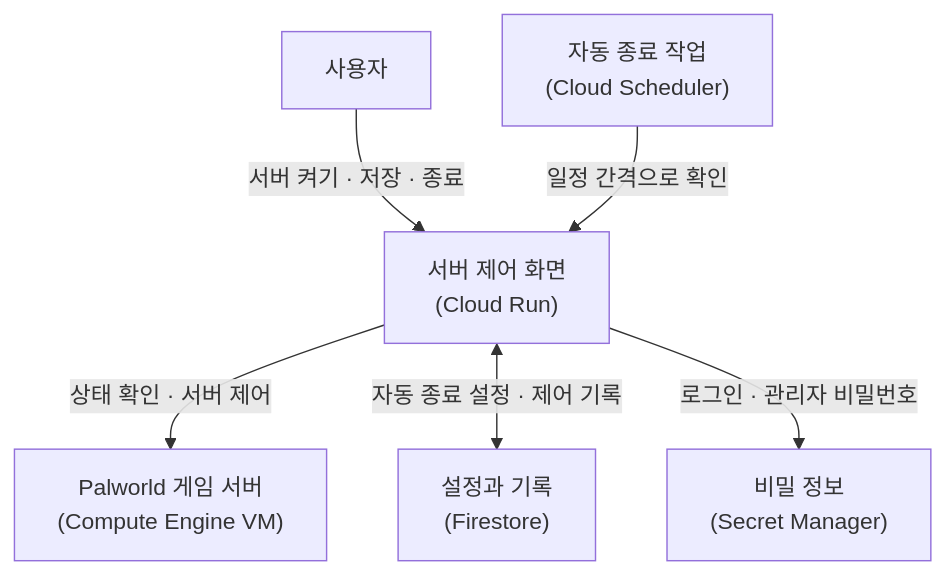
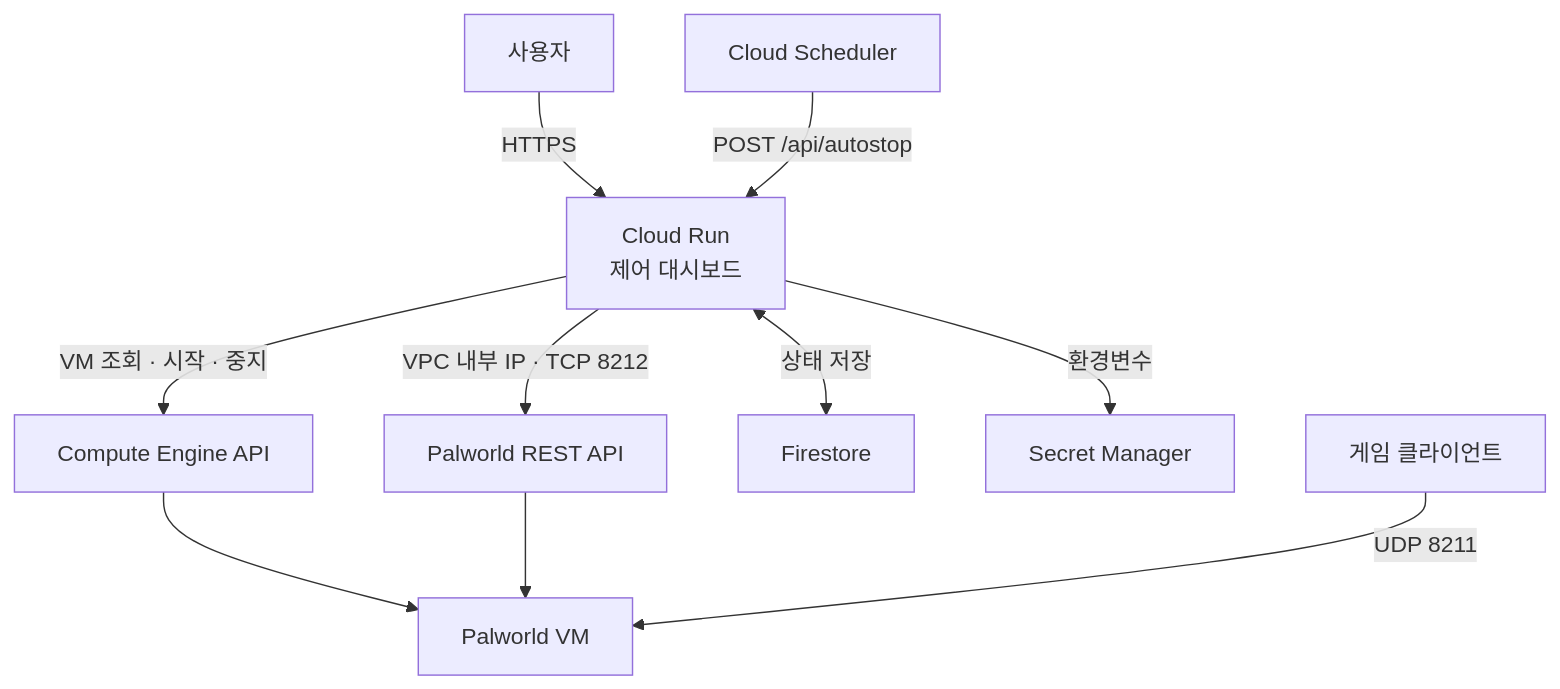
One commit to hyc7575/palworld-dashboard changed the diagram in README.md. Above: the diagram before and after it, drawn with Mermaid. The commit also changed other lines of this file and 1 other file, not shown here.

````diff
--- a/README.md
+++ b/README.md
@@ -18,9 +9,14 @@
 ```mermaid
 flowchart TB
-    User["사용자"] -->|"서버 켜기 · 저장 · 종료"| Dashboard["서버 제어 화면<br/>(Cloud Run)"]
-    Scheduler["자동 종료 작업<br/>(Cloud Scheduler)"] -->|"일정 간격으로 확인"| Dashboard
+    User["사용자"] -->|"HTTPS"| Dashboard["Cloud Run<br/>제어 대시보드"]
+    Scheduler["Cloud Scheduler"] -->|"POST /api/autostop"| Dashboard
 
-    Dashboard -->|"상태 확인 · 서버 제어"| GameServer["Palworld 게임 서버<br/>(Compute Engine VM)"]
-    Dashboard <-->|"자동 종료 설정 · 제어 기록"| Records["설정과 기록<br/>(Firestore)"]
-    Dashboard -->|"로그인 · 관리자 비밀번호"| Secrets["비밀 정보<br/>(Secret Manager)"]
+    Dashboard -->|"VM 조회 · 시작 · 중지"| Compute["Compute Engine API"]
+    Compute --> VM["Palworld VM"]
+    Dashboard -->|"VPC 내부 IP · TCP 8212"| RestApi["Palworld REST API"]
+    RestApi --> VM
+
+    Dashboard <-->|"상태 저장"| Firestore["Firestore"]
+    Dashboard -->|"환경변수"| Secrets["Secret Manager"]
+    Player["게임 클라이언트"] -->|"UDP 8211"| VM
 ```
````
